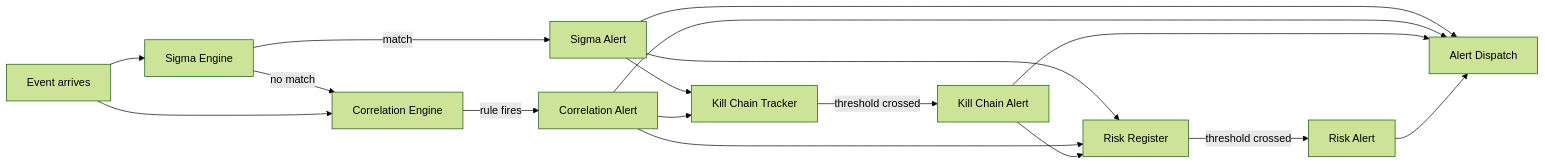
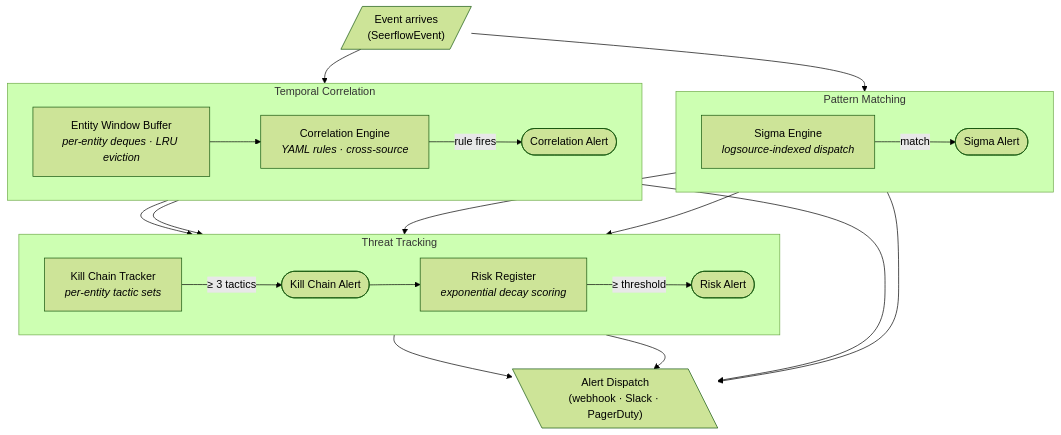
One commit to seerflow/seerflow-guide changed the diagram in docs/correlation/index.md. Above: the diagram before and after it, drawn with Mermaid (forest theme).

Commit message:
docs(S-139F): expand correlation pipeline diagram with subgraphs and detail
Replace compact LR flowchart with TD layout using subgraphs for
pattern matching, temporal correlation, and threat tracking layers.
Each node now shows component names and key implementation details.

````diff
--- a/docs/correlation/index.md
+++ b/docs/correlation/index.md
@@ -22,19 +22,39 @@
 ```mermaid
-graph LR
-    E[Event arrives] --> S[Sigma Engine]
-    S -->|match| A1[Sigma Alert]
-    S -->|no match| C
-    E --> C[Correlation Engine]
-    C -->|rule fires| A2[Correlation Alert]
-    A1 --> KC[Kill Chain Tracker]
+graph TD
+    E[/"Event arrives<br>(SeerflowEvent)"/]
+
+    subgraph pattern ["Pattern Matching"]
+        direction LR
+        S["Sigma Engine<br><i>logsource-indexed dispatch</i>"]
+        S -->|match| A1([Sigma Alert])
+    end
+
+    subgraph temporal ["Temporal Correlation"]
+        direction LR
+        W["Entity Window Buffer<br><i>per-entity deques · LRU eviction</i>"]
+        W --> CE["Correlation Engine<br><i>YAML rules · cross-source</i>"]
+        CE -->|rule fires| A2([Correlation Alert])
+    end
+
+    subgraph tracking ["Threat Tracking"]
+        direction LR
+        KC["Kill Chain Tracker<br><i>per-entity tactic sets</i>"]
+        KC -->|"≥ 3 tactics"| A3([Kill Chain Alert])
+        R["Risk Register<br><i>exponential decay scoring</i>"]
+        R -->|"≥ threshold"| A4([Risk Alert])
+    end
+
+    D[\"Alert Dispatch<br>(webhook · Slack · PagerDuty)"\]
+
+    E --> S
+    E --> W
+    A1 --> KC
+    A1 --> R
     A2 --> KC
-    KC -->|threshold crossed| A3[Kill Chain Alert]
-    A1 --> R[Risk Register]
     A2 --> R
     A3 --> R
-    R -->|threshold crossed| A4[Risk Alert]
-    A1 --> D[Alert Dispatch]
+    A1 --> D
     A2 --> D
     A3 --> D
     A4 --> D
 ```
````
